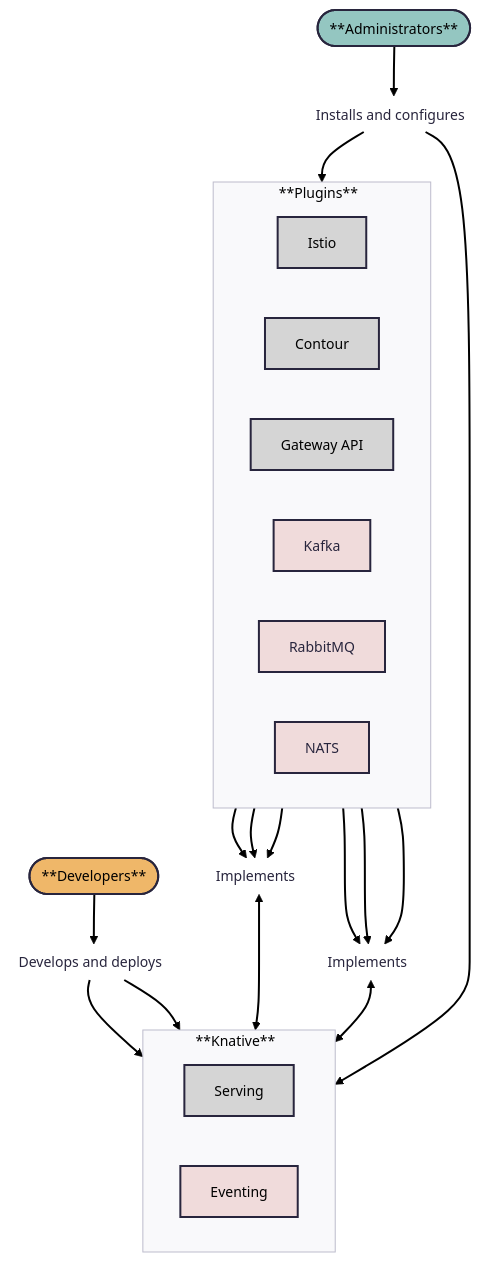
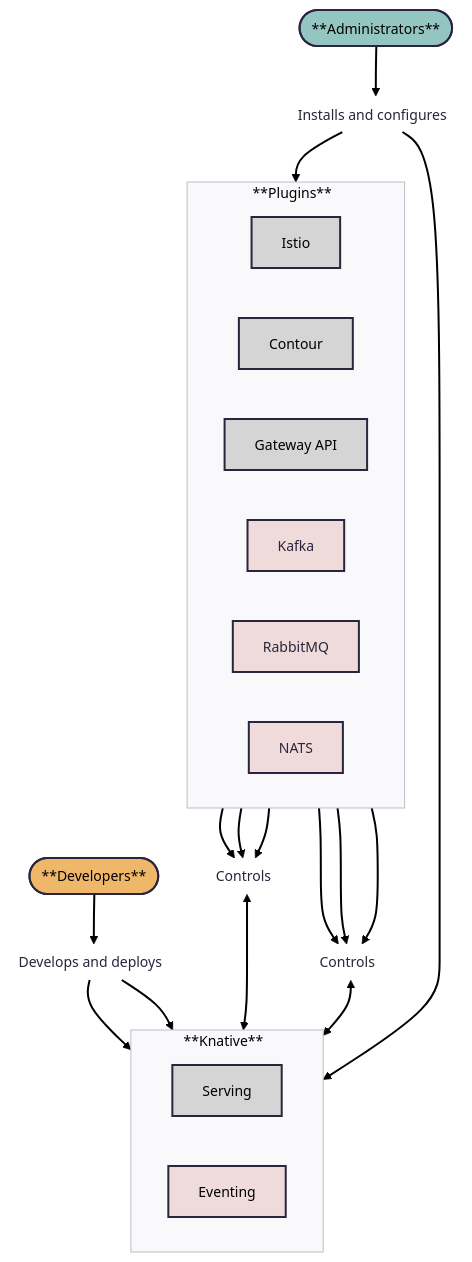
The diagram in docs/versioned/admin/admin-overview.md (knative/docs), drawn with Mermaid before and after one commit.

Commit message:
Update admin-overview.md
mermaid testing

````diff
--- a/docs/versioned/admin/admin-overview.md
+++ b/docs/versioned/admin/admin-overview.md
@@ -14,54 +14,54 @@
 ```mermaid
 ---
 config:
   theme: redux
   layout: dagre
   look: classic
 ---
 flowchart TB
  subgraph Knative["**Knative**&nbsp;&nbsp;"]
     direction LR
         Serving["Serving"]
         Eventing["Eventing"]
   end
  subgraph Plugins["**Plugins**&nbsp;&nbsp;"]
     direction LR
         srv-istio["Istio"]
         srv-contour["Contour"]
         srv-gateway-api["Gateway API"]
         evn-kafka["Kafka"]
         evn-rabbitmq["RabbitMQ"]
         evn-nats["NATS"]
   end
     Dev(["**Developers**"]) --> dev-acts["Develops and deploys&nbsp;&nbsp;"]
     dev-acts --> Serving & Eventing
     Admin(["**Administrators**"]) --> admin-acts["Installs and configures&nbsp;&nbsp;"]
     admin-acts --> Knative & Plugins
-    evn-kafka ---> evn-acts["Implements&nbsp;&nbsp;"]
+    evn-kafka ---> evn-acts["Controls&nbsp;&nbsp;"]
     evn-rabbitmq ---> evn-acts
     evn-nats ---> evn-acts
-    srv-istio --> srv-acts["Implements&nbsp;&nbsp;"]
+    srv-istio --> srv-acts["Controls&nbsp;&nbsp;"]
     srv-contour --> srv-acts
     srv-gateway-api --> srv-acts
     srv-acts <--> Serving
     evn-acts <--> Eventing
     dev-acts@{ shape: text}
     admin-acts@{ shape: text}
     evn-acts@{ shape: text}
     srv-acts@{ shape: text}
     style Serving fill:#D5D5D5,color:#000000
     style Eventing fill:#F0DBDB,color:#000000
     style srv-istio fill:#D5D5D5,color:#000000
     style srv-contour fill:#D5D5D5,color:#000000
     style srv-gateway-api fill:#D5D5D5,color:#000000
     style evn-kafka fill:#F0DBDB
     style evn-rabbitmq fill:#F0DBDB
     style evn-nats fill:#F0DBDB
     style Dev fill:#EFB769,color:#000000
     style dev-acts fill:transparent
     style Admin fill:#94C6C1,color:#000000
     style admin-acts fill:transparent
     style evn-acts fill:transparent
     style srv-acts fill:transparent
 
 ```
````
